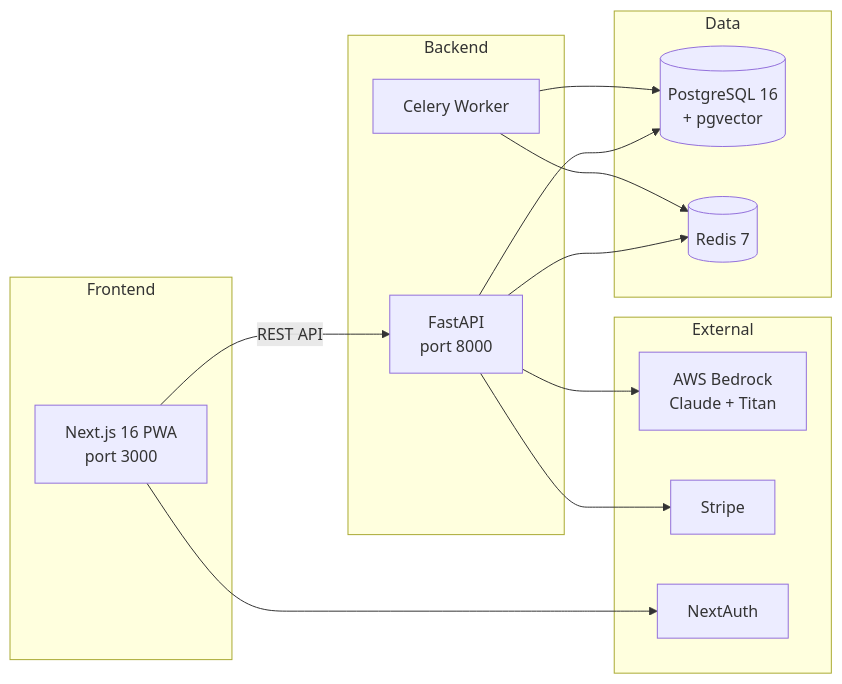
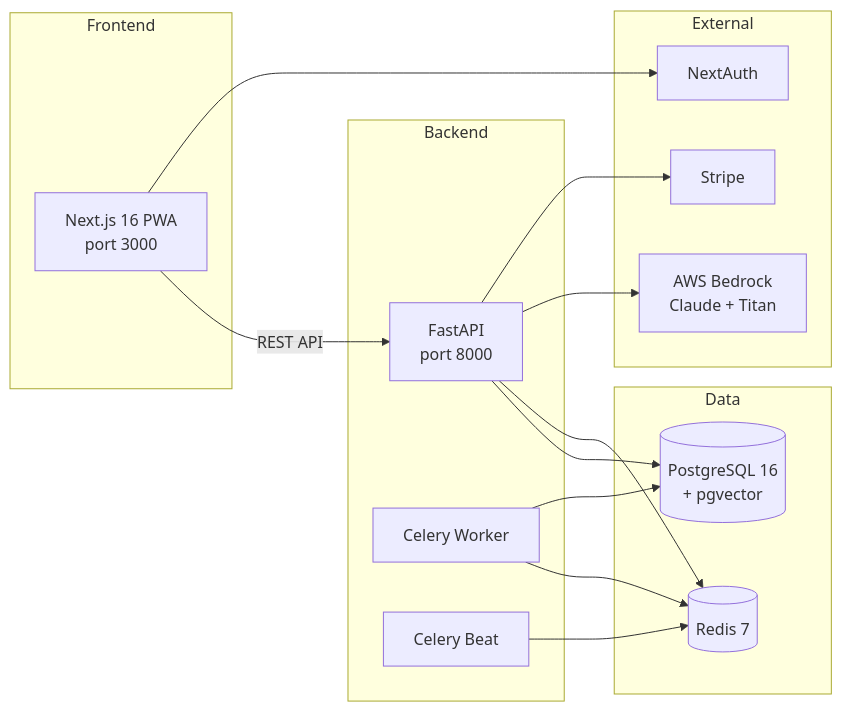
Before and after one commit to gndumbri/arbiter-ai: the diagram in README.md, drawn with Mermaid. The commit also changed other lines of this file and 55 other files, not shown here.

````diff
--- a/README.md
+++ b/README.md
@@ -7,28 +7,30 @@
 ```mermaid
 graph LR
     subgraph Frontend
         A[Next.js 16 PWA<br/>port 3000]
     end
     subgraph Backend
         B[FastAPI<br/>port 8000]
         C[Celery Worker]
+        F[Celery Beat]
     end
     subgraph Data
         D[(PostgreSQL 16<br/>+ pgvector)]
         E[(Redis 7)]
     end
     subgraph External
         G[AWS Bedrock<br/>Claude + Titan]
         H[Stripe]
         I[NextAuth]
     end
 
     A -->|REST API| B
     B --> D
     B --> E
     C --> E
     C --> D
+    F --> E
     B --> G
     B --> H
     A --> I
 ```
````
